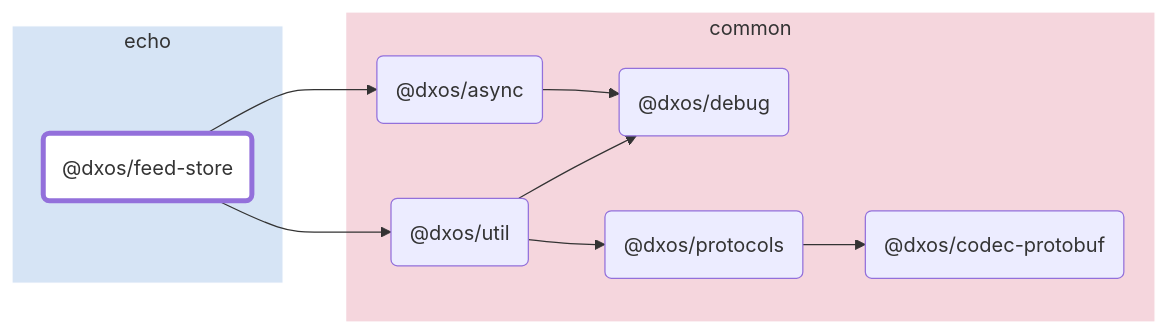
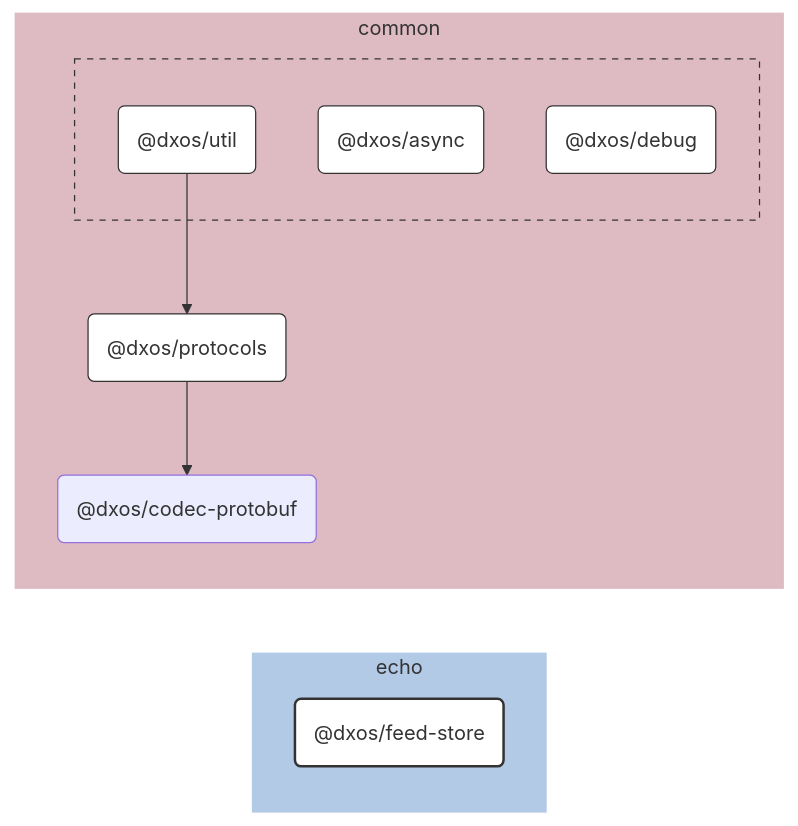
Before and after one commit to dxos/dxos: the diagram in packages/echo/feed-store/docs/README.md, drawn with Mermaid. The commit also changed 100 other files, not shown here.

````diff
--- a/packages/echo/feed-store/docs/README.md
+++ b/packages/echo/feed-store/docs/README.md
@@ -7,31 +7,50 @@
 ```mermaid
-flowchart LR;
+%%{ init: {'flowchart':{'curve':'basis'}} }%%
 
-style dxos/feed-store fill:#fff,stroke-width:4px;
+flowchart LR
 
-click dxos/async "https:/github.com/dxos/dxos/tree/main/packages/common/async/docs";
-click dxos/debug "https:/github.com/dxos/dxos/tree/main/packages/common/debug/docs";
-click dxos/util "https:/github.com/dxos/dxos/tree/main/packages/common/util/docs";
-click dxos/protocols "https:/github.com/dxos/dxos/tree/main/packages/common/protocols/docs";
+%% Links
+dxos/protocols --> dxos/codec-protobuf;
+dxos/util --> dxos/protocols;
 
+%% Sections
 subgraph echo
-  style echo fill:#d6e4f5,stroke:#fff;
-  dxos/feed-store("@dxos/feed-store");
+  style echo fill:#b3cae6,stroke:#fff;
+
+  dxos/feed-store("@dxos/feed-store")
 end
 
 subgraph common
-  style common fill:#f5d6dd,stroke:#fff;
-  dxos/async("@dxos/async");
-  dxos/debug("@dxos/debug");
-  dxos/util("@dxos/util");
-  dxos/protocols("@dxos/protocols");
-  dxos/codec-protobuf("@dxos/codec-protobuf");
+  style common fill:#debac2,stroke:#fff;
+
+  dxos/codec-protobuf("@dxos/codec-protobuf")
+  dxos/protocols("@dxos/protocols")
+
+  subgraph common-excluded [ ]
+    style common-excluded fill:#debac2,stroke:#333,stroke-dasharray:5 5;
+
+    dxos/async("@dxos/async")
+    dxos/debug("@dxos/debug")
+    dxos/util("@dxos/util")
+  end
 end
 
-dxos/feed-store --> dxos/async;
-dxos/async --> dxos/debug;
-dxos/feed-store --> dxos/util;
-dxos/util --> dxos/debug;
-dxos/util --> dxos/protocols;
-dxos/protocols --> dxos/codec-protobuf;
+
+%% Hyperlinks
+click dxos/async href "https:/github.com/dxos/dxos/tree/main/packages/common/async/docs";
+click dxos/debug href "https:/github.com/dxos/dxos/tree/main/packages/common/debug/docs";
+click dxos/protocols href "https:/github.com/dxos/dxos/tree/main/packages/common/protocols/docs";
+click dxos/util href "https:/github.com/dxos/dxos/tree/main/packages/common/util/docs";
+
+%% Styles
+classDef rootNode fill:#fff,stroke:#333,stroke-width:2px
+classDef defaultNode fill:#fff,stroke:#333,stroke-width:1px
+linkStyle default stroke:#333,stroke-width:1px
+
+dxos/feed-store:::rootNode
+
+dxos/async:::defaultNode
+dxos/debug:::defaultNode
+dxos/protocols:::defaultNode
+dxos/util:::defaultNode
 ```
````
